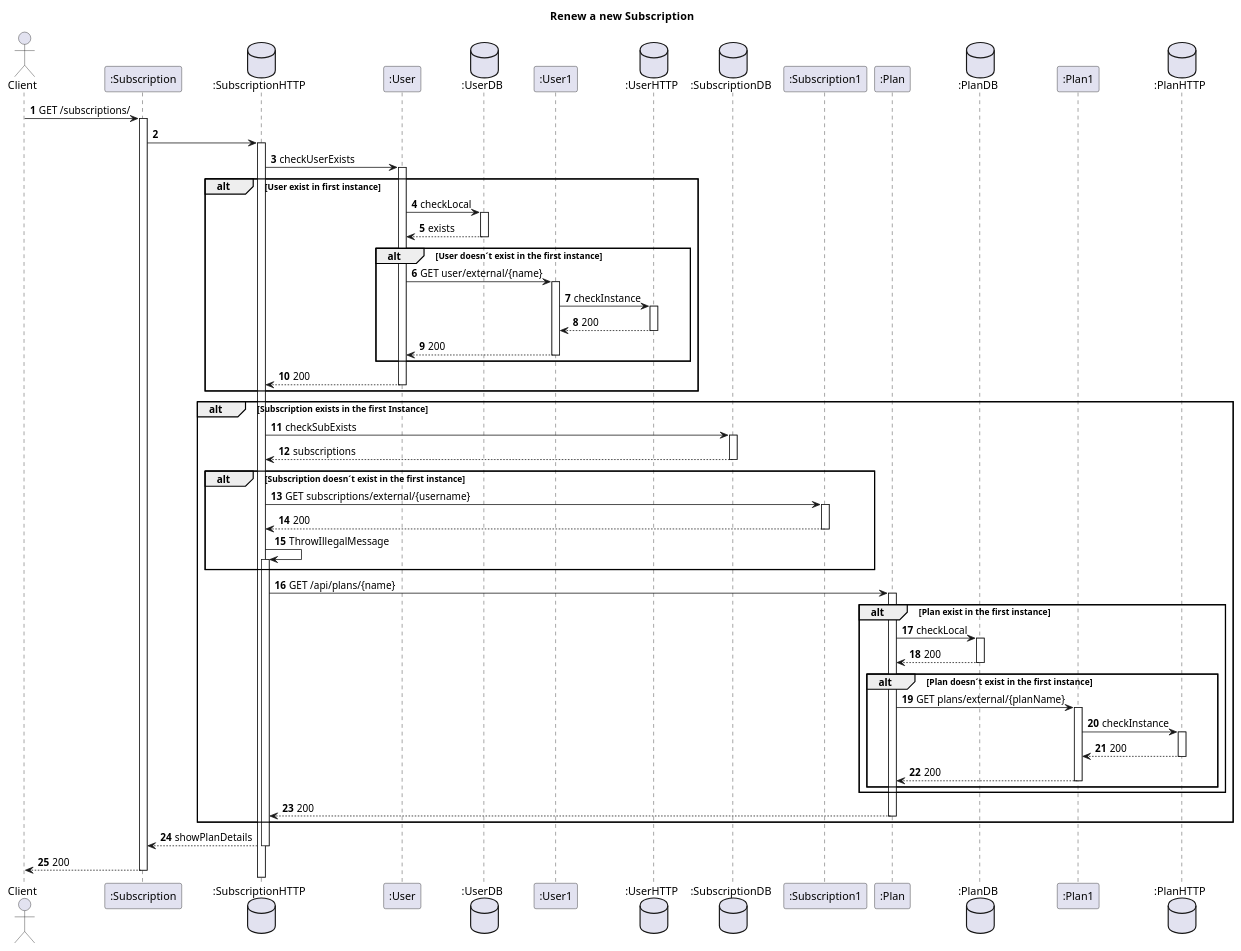
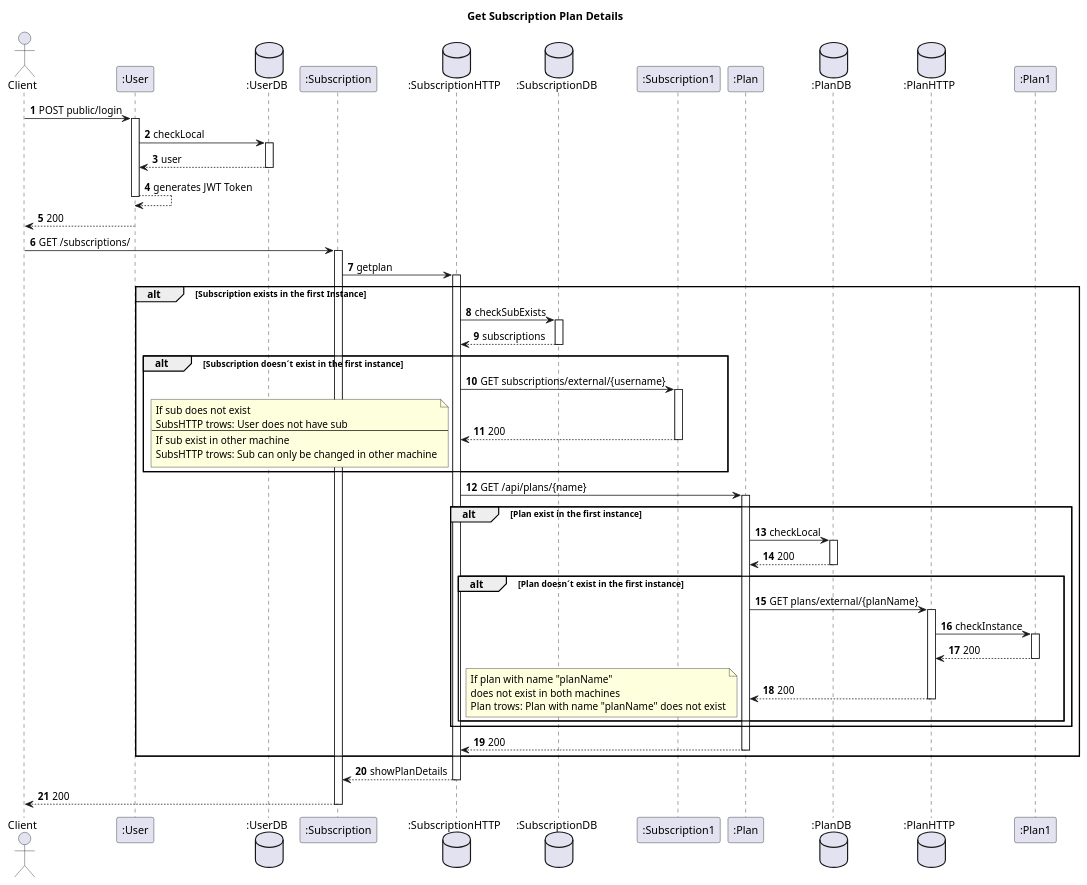
Before and after one commit to IsepMartimOliveira/SIDIS: the diagram in docs_sidis/Subs/Vista Logica/N3/GetsSubsPlanInfo.puml, drawn with PlantUML. The commit also changed 52 other files, not shown here.

```diff
--- a/docs_sidis/Subs/Vista Logica/N3/GetsSubsPlanInfo.puml
+++ b/docs_sidis/Subs/Vista Logica/N3/GetsSubsPlanInfo.puml
@@ -1,64 +1,73 @@
 @startuml
 'https://plantuml.com/sequence-diagram
 autoactivate on
 autonumber
-title  Renew  a new Subscription
+title Get Subscription Plan Details
 
 autonumber
 
 actor "Client" as Ac
+
+participant ":User" as User
+database ":UserDB" as Udb
+
 participant ":Subscription" as Auth
 database ":SubscriptionHTTP" as SHTTP
-participant ":User" as User
-database ":UserDB" as UDB
-participant ":User1" as User1
-database ":UserHTTP" as UHTTP
+
 database ":SubscriptionDB" as SDB
 participant ":Subscription1" as Serv
 participant ":Plan" as Plan
 database ":PlanDB" as PDB
+database ":PlanHTTP" as PHTTP
 participant ":Plan1" as Plan1
-database ":PlanHTTP" as PHTTP
+
+Ac->User: POST public/login
+User->Udb:checkLocal
+Udb-->User:user
+User-->User:generates JWT Token
+User-->Ac:200
+
+
 
 Ac->Auth:   GET /subscriptions/
-Auth->SHTTP:
-SHTTP->User:checkUserExists
-alt User exist in first instance
-User->UDB:checkLocal
-UDB-->User:exists
-alt User doesn´t exist in the first instance
-User->User1:GET user/external/{name}
-User1->UHTTP:checkInstance
-UHTTP-->User1:200
-User1-->User:200
-end
-User-->SHTTP:200
+Auth->SHTTP: getplan
 
-end
 
 alt Subscription exists in the first Instance
 SHTTP->SDB:checkSubExists
 SDB-->SHTTP:subscriptions
 alt Subscription doesn´t exist in the first instance
 SHTTP->Serv:GET subscriptions/external/{username}
 Serv-->SHTTP:200
-SHTTP->SHTTP:ThrowIllegalMessage
+note left
+If sub does not exist
+SubsHTTP trows: User does not have sub
+--
+If sub exist in other machine
+SubsHTTP trows: Sub can only be changed in other machine
+end note
 end
 SHTTP->Plan:GET /api/plans/{name}
 
 alt Plan exist in the first instance
 Plan->PDB:checkLocal
 PDB-->Plan:200
 alt Plan doesn´t exist in the first instance
-Plan->Plan1:GET plans/external/{planName}
-Plan1->PHTTP:checkInstance
-PHTTP-->Plan1:200
-Plan1-->Plan:200
+Plan->PHTTP:GET plans/external/{planName}
+PHTTP->Plan1:checkInstance
+Plan1-->PHTTP:200
+PHTTP-->Plan:200
+note left
+If plan with name "planName"
+does not exist in both machines
+Plan trows: Plan with name "planName" does not exist
+end note
 end
 end
 Plan-->SHTTP:200
 end
+
 SHTTP-->Auth:showPlanDetails
 
 Auth-->Ac:200
 @enduml
```
